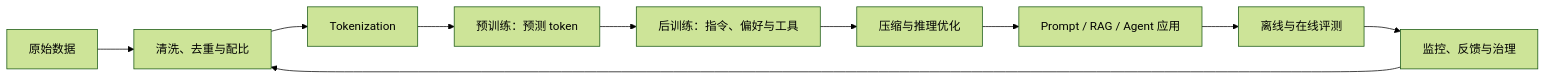
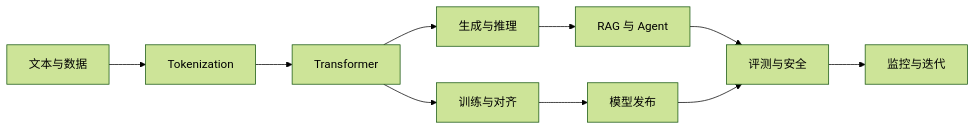
One commit to NightLemon/about-llm changed the diagram in docs/index.md. Above: the diagram before and after it, drawn with Mermaid (forest theme). The commit also changed other lines of this file and 126 other files, not shown here.

````diff
--- a/docs/index.md
+++ b/docs/index.md
@@ -31,12 +40,12 @@
 ```mermaid
 flowchart LR
-  A["原始数据"] --> B["清洗、去重与配比"]
-  B --> C["Tokenization"]
-  C --> D["预训练：预测 token"]
-  D --> E["后训练：指令、偏好与工具"]
-  E --> F["压缩与推理优化"]
-  F --> G["Prompt / RAG / Agent 应用"]
-  G --> H["离线与在线评测"]
-  H --> I["监控、反馈与治理"]
-  I --> B
+  A[文本与数据] --> B[Tokenization]
+  B --> C[Transformer]
+  C --> D[训练与对齐]
+  C --> E[生成与推理]
+  E --> F[RAG 与 Agent]
+  D --> G[模型发布]
+  F --> H[评测与安全]
+  G --> H
+  H --> I[监控与迭代]
 ```
````
